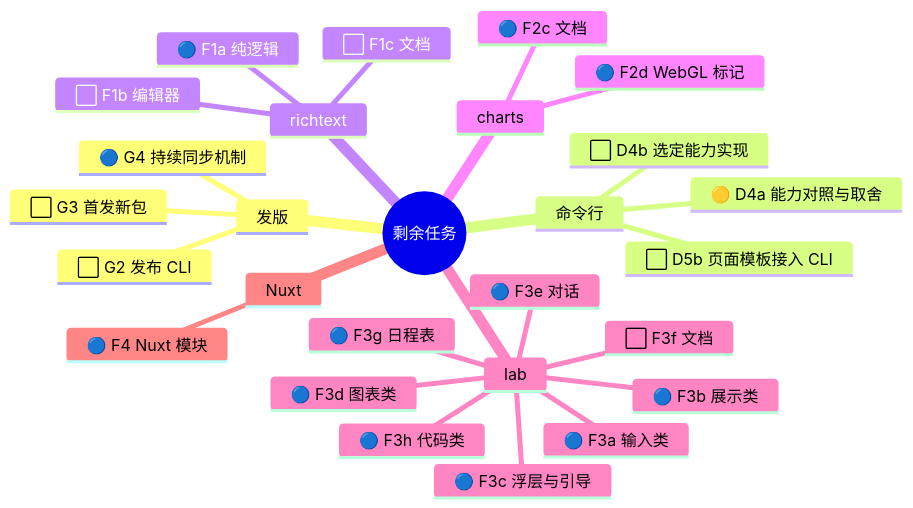
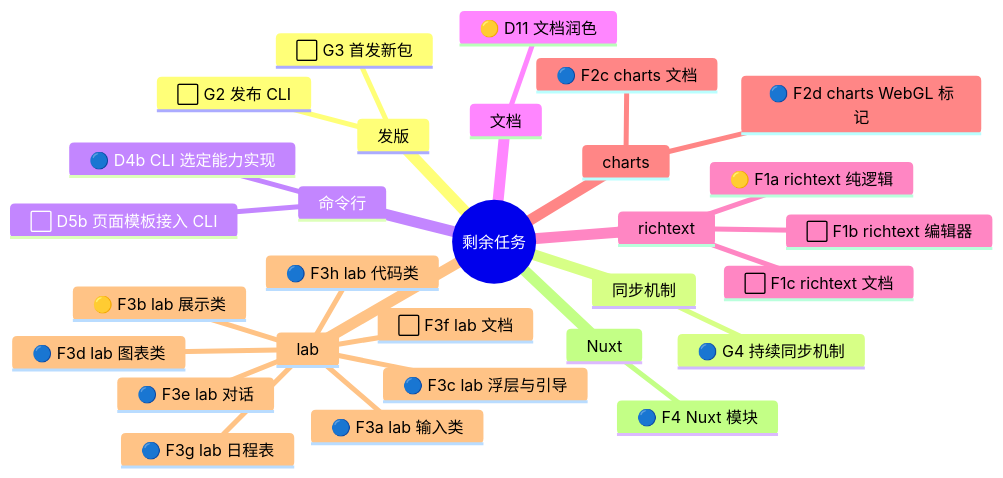
One commit to astryx-vue/astryx-vue changed the diagram in .agents-work/upstream-sync-0.7.1/PR-NEXT-BODY.md. Above: the diagram before and after it, drawn with Mermaid. The commit also changed other lines of this file and 4 other files, not shown here.

````diff
--- a/.agents-work/upstream-sync-0.7.1/PR-NEXT-BODY.md
+++ b/.agents-work/upstream-sync-0.7.1/PR-NEXT-BODY.md
@@ -21,30 +21,32 @@
 ```mermaid
 mindmap
   root((剩余任务))
     发版
       ⬜ G2 发布 CLI
       ⬜ G3 首发新包
+    同步机制
       🔵 G4 持续同步机制
     命令行
-      🟡 D4a 能力对照与取舍
-      ⬜ D4b 选定能力实现
+      🔵 D4b CLI 选定能力实现
       ⬜ D5b 页面模板接入 CLI
+    文档
+      🟡 D11 文档润色
     richtext
-      🔵 F1a 纯逻辑
-      ⬜ F1b 编辑器
-      ⬜ F1c 文档
+      🟡 F1a richtext 纯逻辑
+      ⬜ F1b richtext 编辑器
+      ⬜ F1c richtext 文档
     charts
-      🔵 F2c 文档
-      🔵 F2d WebGL 标记
+      🔵 F2c charts 文档
+      🔵 F2d charts WebGL 标记
     lab
-      🔵 F3a 输入类
-      🔵 F3b 展示类
-      🔵 F3c 浮层与引导
-      🔵 F3d 图表类
-      🔵 F3e 对话
-      🔵 F3g 日程表
-      🔵 F3h 代码类
-      ⬜ F3f 文档
+      🔵 F3a lab 输入类
+      🟡 F3b lab 展示类
+      🔵 F3c lab 浮层与引导
+      🔵 F3d lab 图表类
+      🔵 F3e lab 对话
+      🔵 F3g lab 日程表
+      🔵 F3h lab 代码类
+      ⬜ F3f lab 文档
     Nuxt
       🔵 F4 Nuxt 模块
 ```
````
